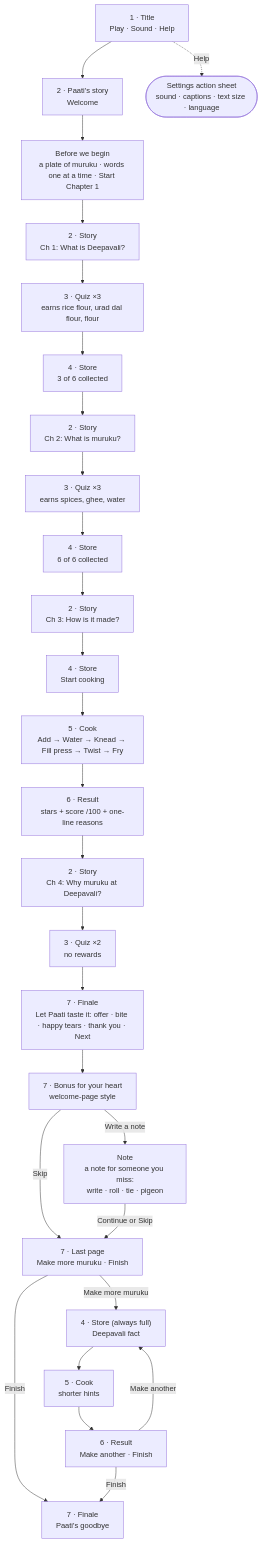
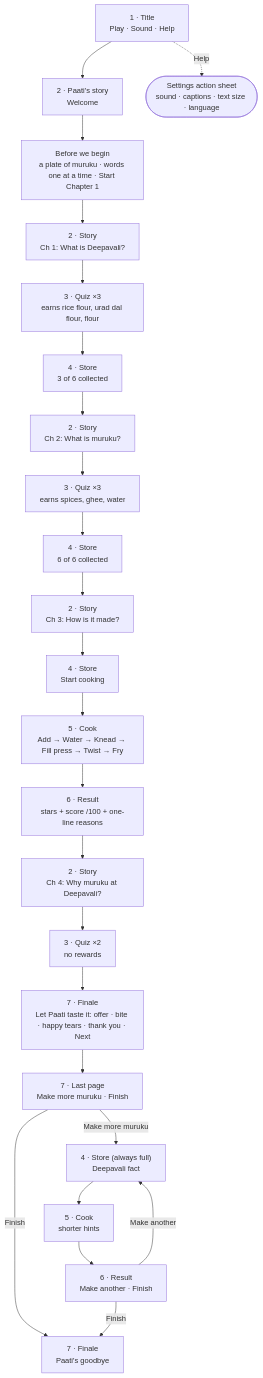
Before and after one commit to krishanala/paatis-recipe-kitchen: the diagram in docs/user-flow.md, drawn with Mermaid. The commit also changed other lines of this file and 18 other files, not shown here.

First line of the commit message:
Take out Bonus for your heart and the note for someone you miss

````diff
--- a/docs/user-flow.md
+++ b/docs/user-flow.md
@@ -5,34 +5,31 @@
 ```mermaid
 flowchart TD
     T["1 · Title<br/>Play · Sound · Help"] --> W["2 · Paati's story<br/>Welcome"]
     T -. Help .-> S(["Settings action sheet<br/>sound · captions · text size · language"])
 
     W --> I["Before we begin<br/>a plate of muruku · words one at a time · Start Chapter 1"]
     I --> C1["2 · Story<br/>Ch 1: What is Deepavali?"]
     C1 --> Q1["3 · Quiz ×3<br/>earns rice flour, urad dal flour, flour"]
     Q1 --> ST1["4 · Store<br/>3 of 6 collected"]
 
     ST1 --> C2["2 · Story<br/>Ch 2: What is muruku?"]
     C2 --> Q2["3 · Quiz ×3<br/>earns spices, ghee, water"]
     Q2 --> ST2["4 · Store<br/>6 of 6 collected"]
 
     ST2 --> C3["2 · Story<br/>Ch 3: How is it made?"]
     C3 --> ST3["4 · Store<br/>Start cooking"]
     ST3 --> K["5 · Cook<br/>Add → Water → Knead → Fill press → Twist → Fry"]
     K --> R["6 · Result<br/>stars + score /100 + one-line reasons"]
 
     R --> C4["2 · Story<br/>Ch 4: Why muruku at Deepavali?"]
     C4 --> Q4["3 · Quiz ×2<br/>no rewards"]
     Q4 --> F["7 · Finale<br/>Let Paati taste it: offer · bite · happy tears · thank you · Next"]
-    F --> B["7 · Bonus for your heart<br/>welcome-page style"]
-    B -- Write a note --> N["Note<br/>a note for someone you miss:<br/>write · roll · tie · pigeon"]
-    B -- Skip --> C["7 · Last page<br/>Make more muruku · Finish"]
-    N -- Continue or Skip --> C
+    F --> C["7 · Last page<br/>Make more muruku · Finish"]
     C -- Finish --> G["7 · Finale<br/>Paati's goodbye"]
 
     C -- Make more muruku --> FK["4 · Store (always full)<br/>Deepavali fact"]
     FK --> K2["5 · Cook<br/>shorter hints"]
     K2 --> R2["6 · Result<br/>Make another · Finish"]
     R2 -- Make another --> FK
     R2 -- Finish --> G
 ```
````
